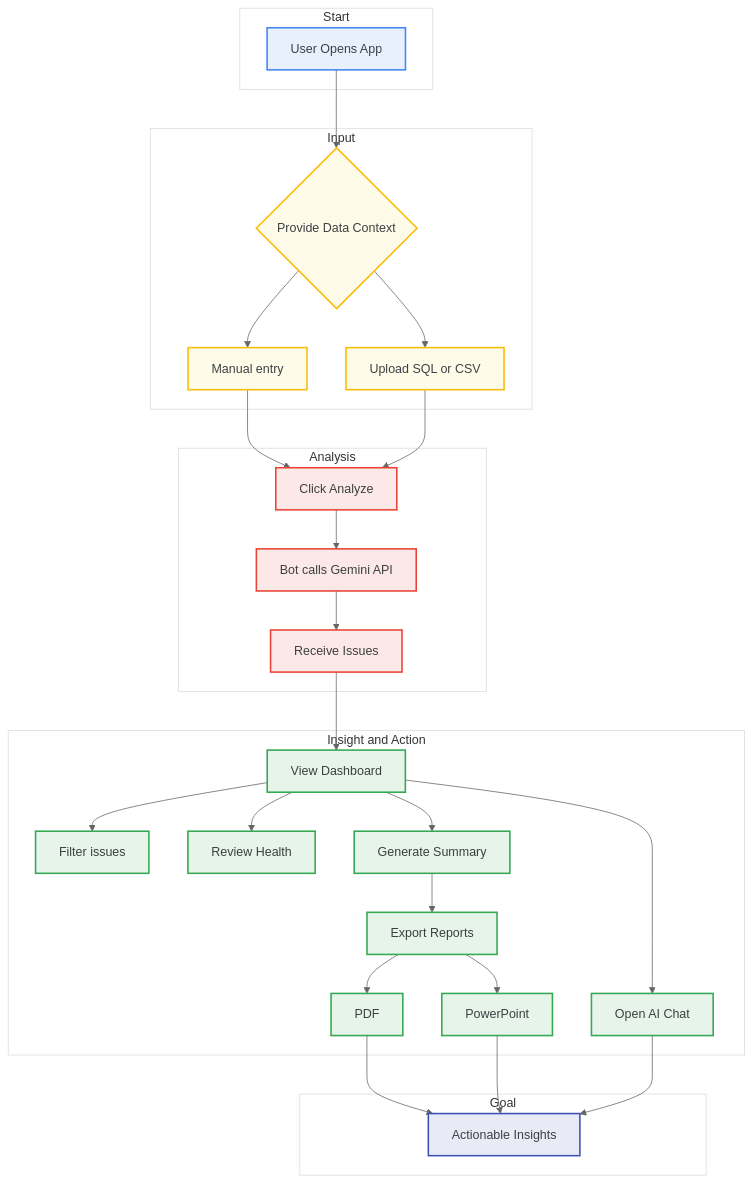
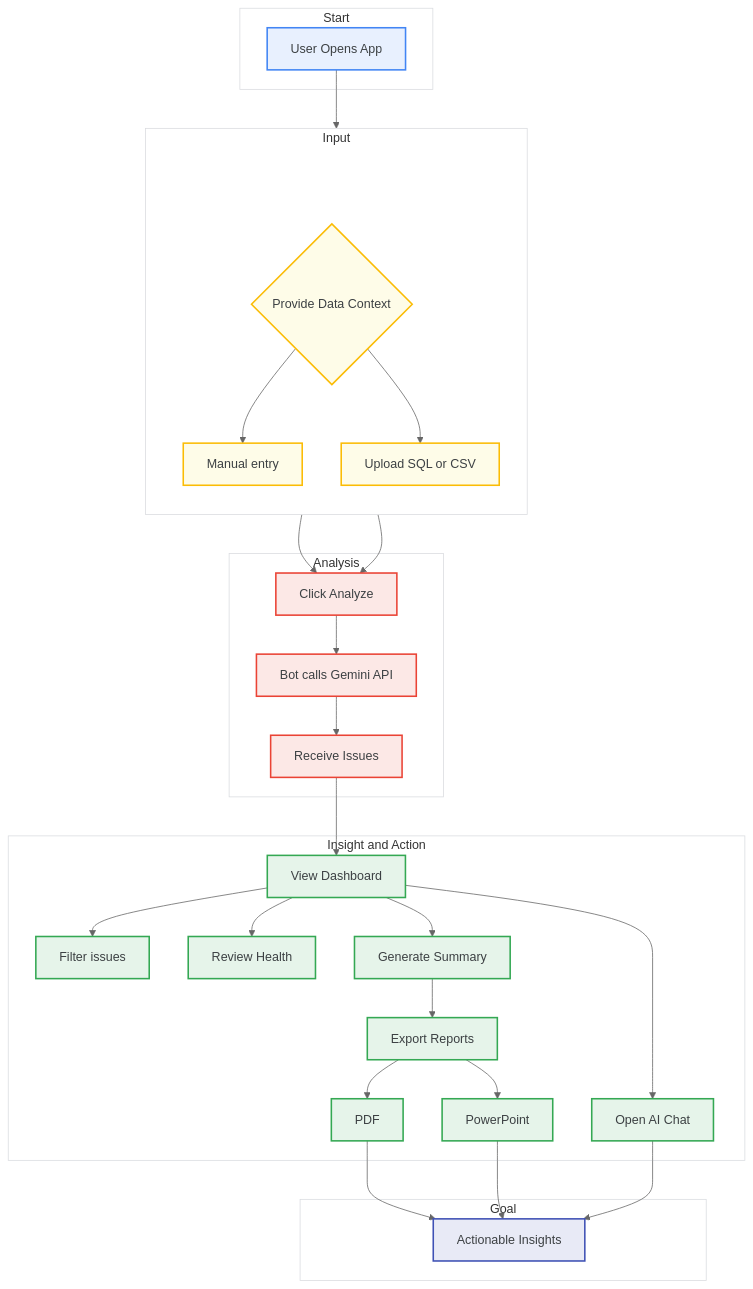
The second of 2 diagrams in README.md (chtsalvishal/DQ_Gen_AI_Bot), drawn with Mermaid (neutral theme) before and after one commit. The commit also changed other lines of this file, not shown here.

Commit message:
docs: Improve README diagrams
Enhance clarity and visual appeal of architecture and workflow diagrams in README. This includes adjusting arrow styles and improving layout for better readability.

````diff
--- a/README.md
+++ b/README.md
@@ -71,56 +71,62 @@
 ```mermaid
 graph TD
     subgraph sg1 [Start]
         A[User Opens App]:::startNode
     end
 
     subgraph sg2 [Input]
+        direction TB
+        sg2_spacer[" "]:::spacer
         B{Provide Data Context}:::inputNode
         B1[Manual entry]:::inputNode
         B2[Upload SQL or CSV]:::inputNode
     end
     
     subgraph sg3 [Analysis]
         C[Click Analyze]:::analysisNode
         D[Bot calls Gemini API]:::analysisNode
         E[Receive Issues]:::analysisNode
     end
 
     subgraph sg4 [Insight and Action]
         F[View Dashboard]:::insightNode
         F1[Filter issues]:::insightNode
         F2[Review Health]:::insightNode
         G[Open AI Chat]:::insightNode
         H[Generate Summary]:::insightNode
         I[Export Reports]:::insightNode
         I1[PDF]:::insightNode
         I2[PowerPoint]:::insightNode
     end
     
     subgraph sg5 [Goal]
        J[Actionable Insights]:::goalNode
     end
 
-    A --> B
+    A --> sg2_spacer
+    sg2_spacer --- B
     B --> B1 & B2
     B1 --> C
     B2 --> C
     C --> D --> E --> F
     F --> F1 & F2 & G & H
     H --> I --> I1 & I2
     I1 --> J
     I2 --> J
     G --> J
     
+    linkStyle 1 stroke:transparent,stroke-width:0px
+    
     style sg1 fill:#FFFFFF,stroke:#DADCE0
     style sg2 fill:#FFFFFF,stroke:#DADCE0
     style sg3 fill:#FFFFFF,stroke:#DADCE0
     style sg4 fill:#FFFFFF,stroke:#DADCE0
     style sg5 fill:#FFFFFF,stroke:#DADCE0
 
+    classDef spacer height:10px,fill:transparent,stroke:transparent
     classDef startNode fill:#E8F0FE,stroke:#4285F4,stroke-width:2px,color:#3C4043
     classDef inputNode fill:#FEFCE8,stroke:#FBBC05,stroke-width:2px,color:#3C4043
     classDef analysisNode fill:#FCE8E6,stroke:#EA4335,stroke-width:2px,color:#3C4043
     classDef insightNode fill:#E6F4EA,stroke:#34A853,stroke-width:2px,color:#3C4043
     classDef goalNode fill:#E8EAF6,stroke:#3F51B5,stroke-width:2px,color:#3C4043
 ```
````
